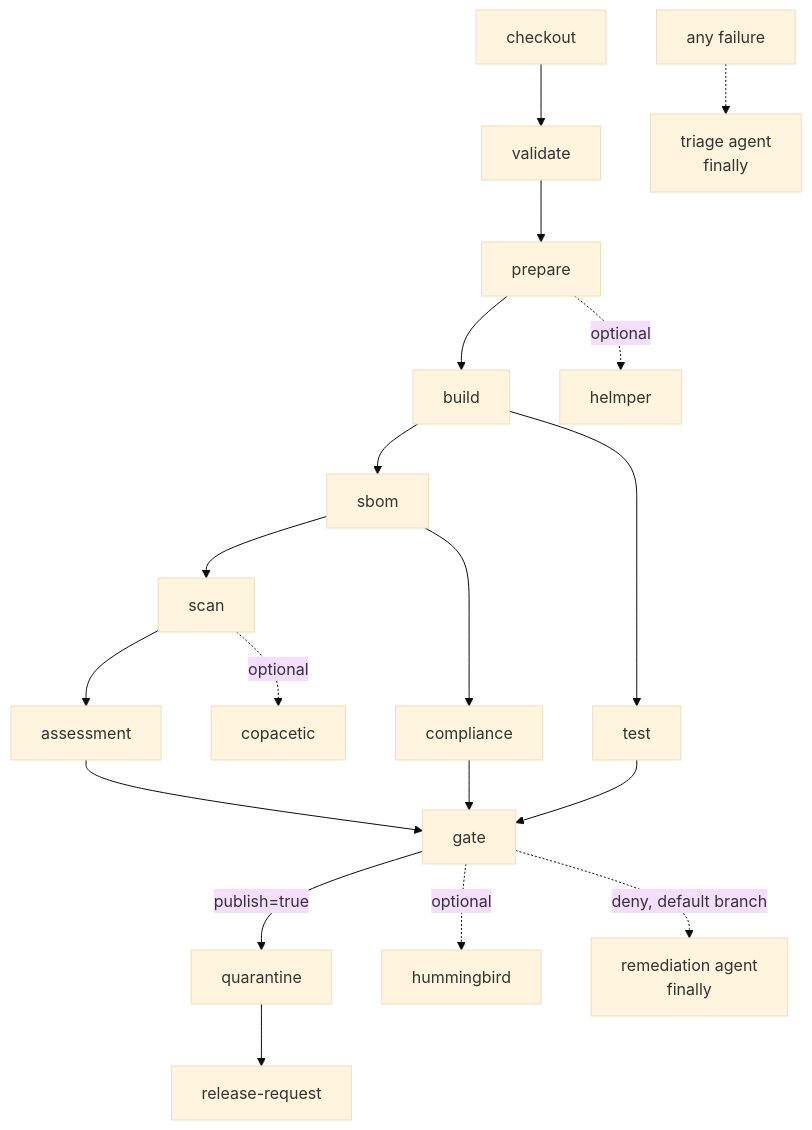
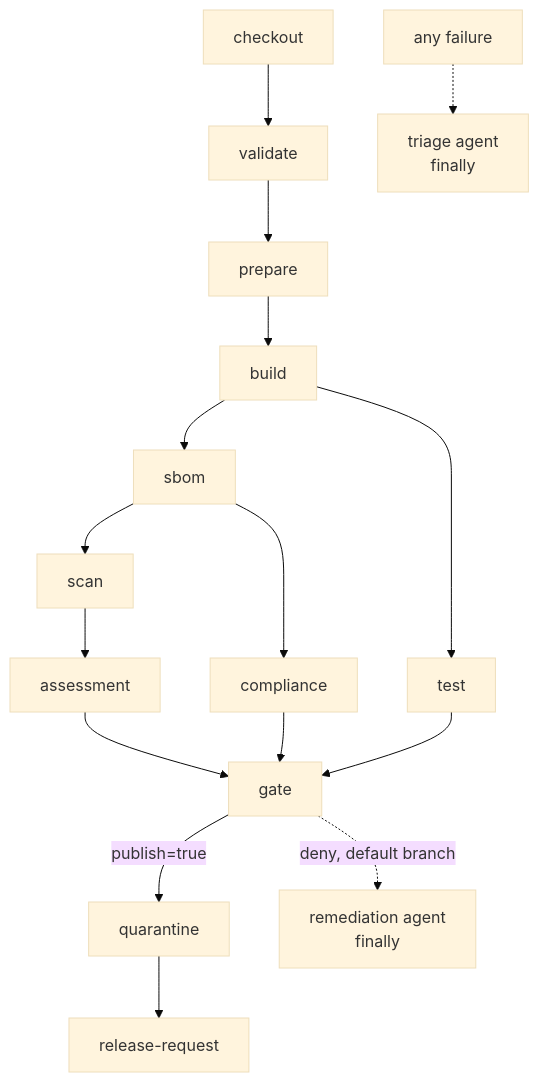
Before and after one commit to shamuraix/image-hardening-factory-starter: the first of 4 diagrams in docs/architecture.md, drawn with Mermaid (base theme). The commit also changed other lines of this file and 87 other files, not shown here.

````diff
--- a/docs/architecture.md
+++ b/docs/architecture.md
@@ -37,16 +62,13 @@
 ```mermaid
 flowchart TD
     checkout --> validate --> prepare --> build
     build --> sbom --> scan --> assessment
     build --> test
     sbom --> compliance
     assessment --> gate
     compliance --> gate
     test --> gate
     gate -->|publish=true| quarantine --> release-request
-    prepare -.optional.-> helmper
-    scan -.optional.-> copacetic
-    gate -.optional.-> hummingbird
     gate -. deny, default branch .-> remediation[remediation agent<br/>finally]
     any[any failure] -.-> triage[triage agent<br/>finally]
 ```
````
